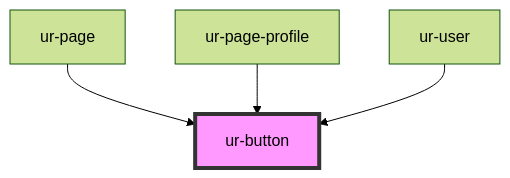
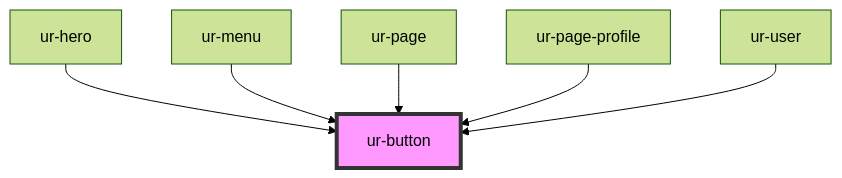
The diagram in src/components/ur-button/readme.md (hellish/urnovl-web-components), drawn with Mermaid (forest theme) before and after one commit. The commit also changed other lines of this file and 18 other files, not shown here.

````diff
--- a/src/components/ur-button/readme.md
+++ b/src/components/ur-button/readme.md
@@ -27,7 +30,9 @@
 ```mermaid
 graph TD;
+  ur-hero --> ur-button
+  ur-menu --> ur-button
   ur-page --> ur-button
   ur-page-profile --> ur-button
   ur-user --> ur-button
   style ur-button fill:#f9f,stroke:#333,stroke-width:4px
 ```
````
